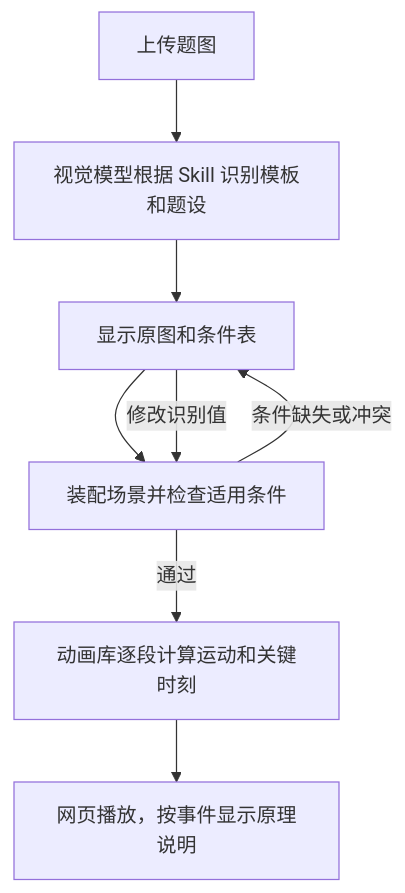
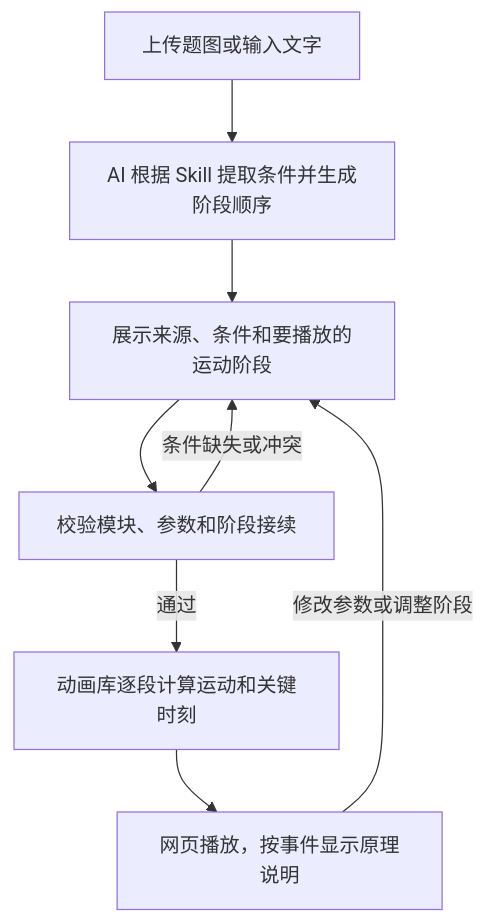
One commit to Zhri1/VisualLab changed the diagram in PROJECT_PLAN_FINAL.md. Above: the diagram before and after it, drawn with Mermaid. The commit also changed other lines of this file, not shown here.

````diff
--- a/PROJECT_PLAN_FINAL.md
+++ b/PROJECT_PLAN_FINAL.md
@@ -19,10 +20,10 @@
 ```mermaid
 flowchart TD
-    A["上传题图"] --> B["视觉模型根据 Skill 识别模板和题设"]
-    B --> C["显示原图和条件表"]
-    C --> D["装配场景并检查适用条件"]
+    A["上传题图或输入文字"] --> B["AI 根据 Skill 提取条件并生成阶段顺序"]
+    B --> C["展示来源、条件和要播放的运动阶段"]
+    C --> D["校验模块、参数和阶段接续"]
     D -->|条件缺失或冲突| C
     D -->|通过| E["动画库逐段计算运动和关键时刻"]
     E --> F["网页播放，按事件显示原理说明"]
-    C -->|修改识别值| D
+    F -->|修改参数或调整阶段| C
 ```
````
